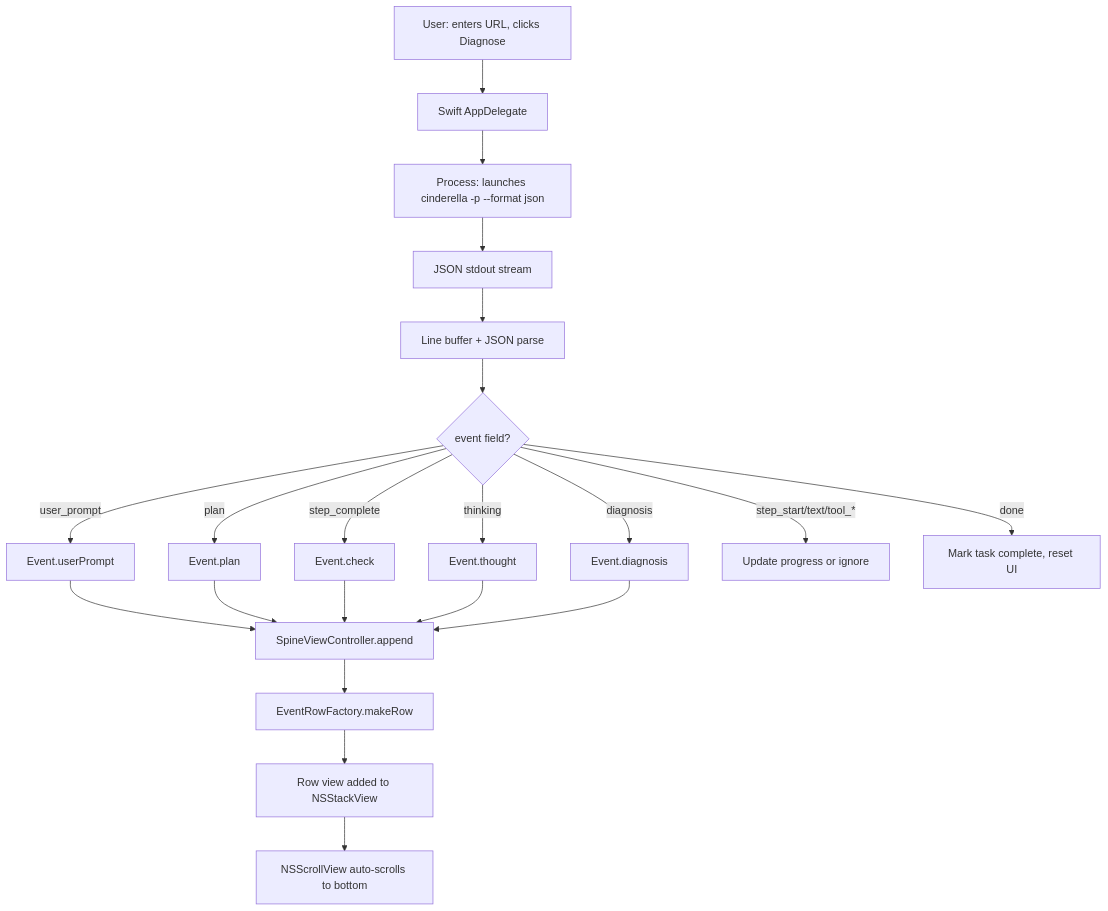
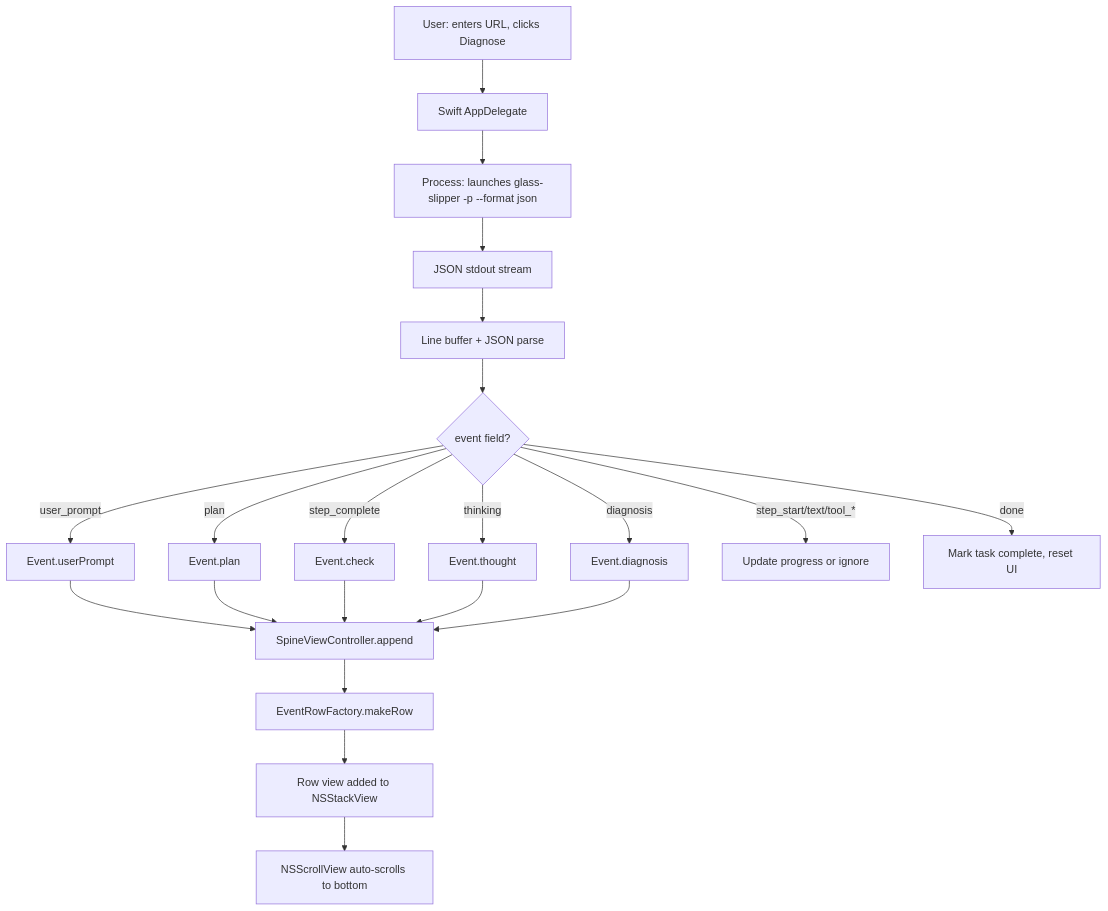
Before and after one commit to robertkarl/cinderella: the first of 2 diagrams in docs/plans/beautify.md, drawn with Mermaid. The commit also changed other lines of this file and 30 other files, not shown here.

Commit message:
rename: cinderella → glass-slipper across codebase

````diff
--- a/docs/plans/beautify.md
+++ b/docs/plans/beautify.md
@@ -134,18 +134,18 @@
 ```mermaid
 flowchart TD
     A[User: enters URL, clicks Diagnose] --> B[Swift AppDelegate]
-    B --> C[Process: launches cinderella -p --format json]
+    B --> C[Process: launches glass-slipper -p --format json]
     C --> D[JSON stdout stream]
     D --> E[Line buffer + JSON parse]
     E --> F{event field?}
     F -->|user_prompt| G[Event.userPrompt] --> L[SpineViewController.append]
     F -->|plan| H[Event.plan] --> L
     F -->|step_complete| I[Event.check] --> L
     F -->|thinking| J[Event.thought] --> L
     F -->|diagnosis| K[Event.diagnosis] --> L
     F -->|step_start/text/tool_*| SKIP[Update progress or ignore]
     F -->|done| DONE[Mark task complete, reset UI]
     L --> M[EventRowFactory.makeRow]
     M --> N[Row view added to NSStackView]
     N --> O[NSScrollView auto-scrolls to bottom]
 ```
````
